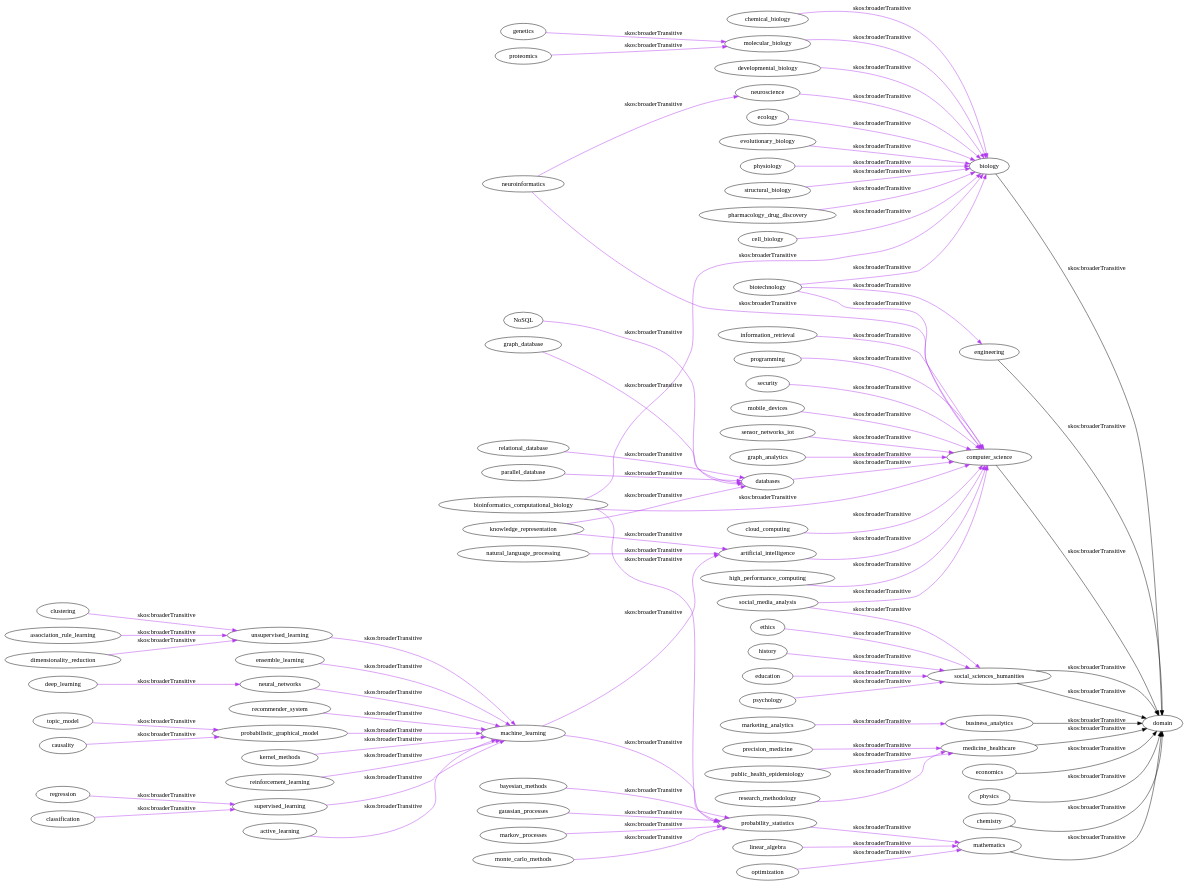
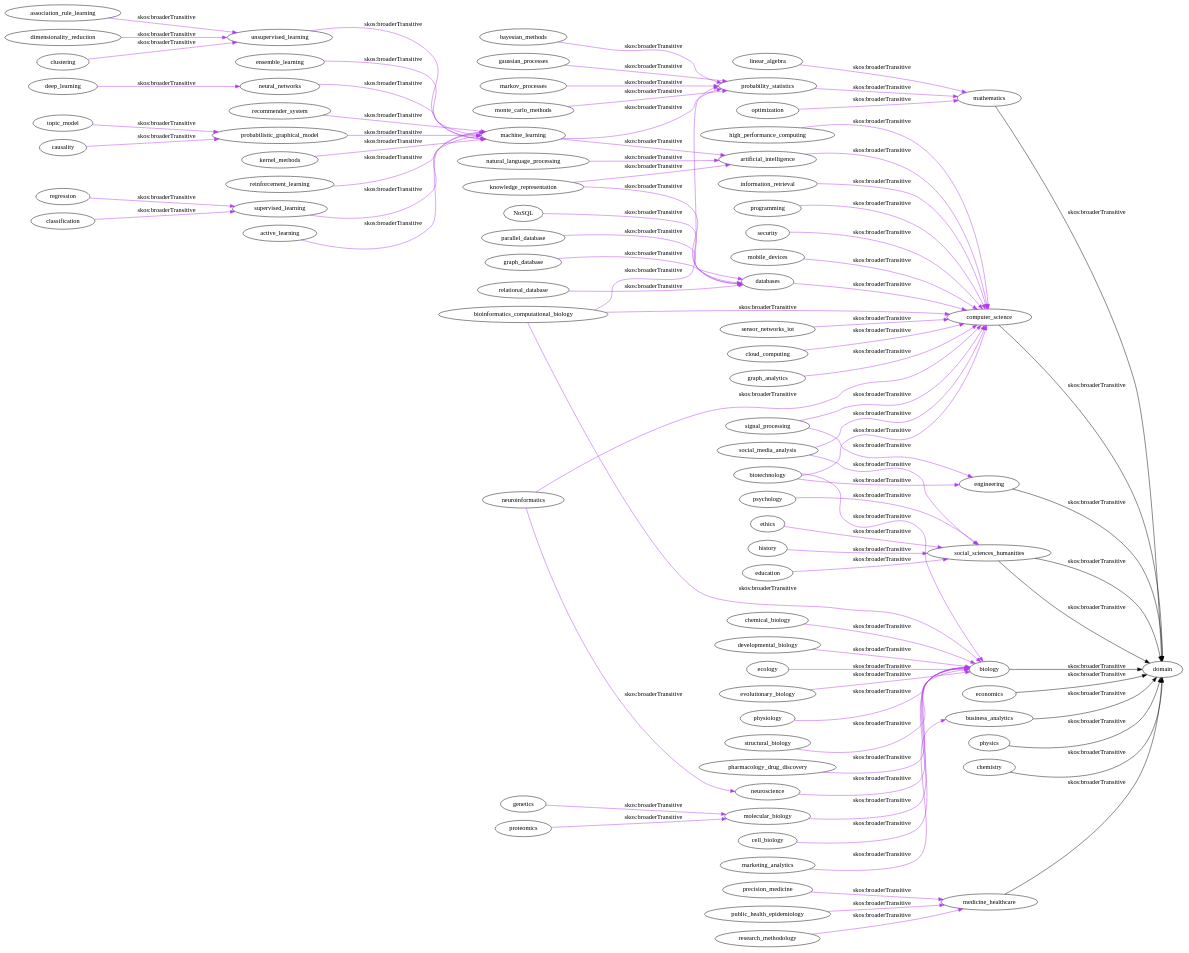
Before and after one commit to bioint/DSEO: the diagram in ontology_files/dot_visualizations/domain.dot, drawn with Graphviz. The commit also changed 1 other file, not shown here.

```diff
--- a/ontology_files/dot_visualizations/domain.dot
+++ b/ontology_files/dot_visualizations/domain.dot
@@ -1,112 +1,114 @@
 digraph{
     rankdir = LR;
     
     mathematics -> domain [color = "black", label = "skos:broaderTransitive"]
     computer_science -> domain [color = "black", label = "skos:broaderTransitive"]
     social_sciences_humanities -> domain [color = "black", label = "skos:broaderTransitive"]
     biology -> domain [color = "black", label = "skos:broaderTransitive"]
     business_analytics -> domain [color = "black", label = "skos:broaderTransitive"]
     economics -> domain [color = "black", label = "skos:broaderTransitive"]
     social_sciences_humanities -> domain [color = "black", label = "skos:broaderTransitive"]
     engineering -> domain [color = "black", label = "skos:broaderTransitive"]
     physics -> domain [color = "black", label = "skos:broaderTransitive"]
     chemistry -> domain [color = "black", label = "skos:broaderTransitive"]
     medicine_healthcare -> domain [color = "black", label = "skos:broaderTransitive"]
     
     ethics -> social_sciences_humanities [color = "darkorchid2", label = "skos:broaderTransitive"]
     history -> social_sciences_humanities [color = "darkorchid2", label = "skos:broaderTransitive"]
     
     linear_algebra -> mathematics [color = "darkorchid2", label = "skos:broaderTransitive"]
     probability_statistics -> mathematics [color = "darkorchid2", label = "skos:broaderTransitive"]
     optimization -> mathematics [color = "darkorchid2", label = "skos:broaderTransitive"]
     
     graph_analytics -> computer_science [color = "darkorchid2", label = "skos:broaderTransitive"]
     artificial_intelligence -> computer_science [color = "darkorchid2", label = "skos:broaderTransitive"]
     databases -> computer_science [color = "darkorchid2", label = "skos:broaderTransitive"]
     high_performance_computing -> computer_science [color = "darkorchid2", label = "skos:broaderTransitive"]
     information_retrieval -> computer_science [color = "darkorchid2", label = "skos:broaderTransitive"]
     programming -> computer_science [color = "darkorchid2", label = "skos:broaderTransitive"]
     security -> computer_science [color = "darkorchid2", label = "skos:broaderTransitive"]
     mobile_devices -> computer_science [color = "darkorchid2", label = "skos:broaderTransitive"]
     sensor_networks_iot -> computer_science [color = "darkorchid2", label = "skos:broaderTransitive"]
     cloud_computing -> computer_science [color = "darkorchid2", label = "skos:broaderTransitive"]
+    signal_processing -> computer_science [color = "darkorchid2", label = "skos:broaderTransitive"]
+    signal_processing -> engineering [color = "darkorchid2", label = "skos:broaderTransitive"]
     
     education -> social_sciences_humanities [color = "darkorchid2", label = "skos:broaderTransitive"]
     psychology -> social_sciences_humanities [color = "darkorchid2", label = "skos:broaderTransitive"]
     
     pharmacology_drug_discovery -> biology [color = "darkorchid2", label = "skos:broaderTransitive"]
     molecular_biology -> biology [color = "darkorchid2", label = "skos:broaderTransitive"]
     cell_biology -> biology [color = "darkorchid2", label = "skos:broaderTransitive"]
     chemical_biology -> biology [color = "darkorchid2", label = "skos:broaderTransitive"]
     developmental_biology -> biology [color = "darkorchid2", label = "skos:broaderTransitive"]
     ecology -> biology [color = "darkorchid2", label = "skos:broaderTransitive"]
     evolutionary_biology -> biology [color = "darkorchid2", label = "skos:broaderTransitive"]
     neuroscience -> biology [color = "darkorchid2", label = "skos:broaderTransitive"]
     physiology -> biology [color = "darkorchid2", label = "skos:broaderTransitive"]
     structural_biology -> biology [color = "darkorchid2", label = "skos:broaderTransitive"]
     
     marketing_analytics -> business_analytics [color = "darkorchid2", label = "skos:broaderTransitive"]
     
     precision_medicine -> medicine_healthcare [color = "darkorchid2", label = "skos:broaderTransitive"]
     public_health_epidemiology -> medicine_healthcare [color = "darkorchid2", label = "skos:broaderTransitive"]
     research_methodology -> medicine_healthcare [color = "darkorchid2", label = "skos:broaderTransitive"]
     
     bioinformatics_computational_biology -> biology [color = "darkorchid2", label = "skos:broaderTransitive"]
     bioinformatics_computational_biology -> probability_statistics [color = "darkorchid2", label = "skos:broaderTransitive"]
     bioinformatics_computational_biology -> computer_science [color = "darkorchid2", label = "skos:broaderTransitive"]
     
     neuroinformatics -> computer_science [color = "darkorchid2", label = "skos:broaderTransitive"]
     neuroinformatics -> neuroscience [color = "darkorchid2", label = "skos:broaderTransitive"]
     
     biotechnology -> biology [color = "darkorchid2", label = "skos:broaderTransitive"]
     biotechnology -> engineering [color = "darkorchid2", label = "skos:broaderTransitive"]
     biotechnology -> computer_science [color = "darkorchid2", label = "skos:broaderTransitive"]
 
     bayesian_methods -> probability_statistics [color = "darkorchid2", label = "skos:broaderTransitive"]
     gaussian_processes -> probability_statistics [color = "darkorchid2", label = "skos:broaderTransitive"]
     markov_processes -> probability_statistics [color = "darkorchid2", label = "skos:broaderTransitive"]
     monte_carlo_methods -> probability_statistics [color = "darkorchid2", label = "skos:broaderTransitive"]
     
     machine_learning -> probability_statistics [color = "darkorchid2", label = "skos:broaderTransitive"]
     machine_learning -> artificial_intelligence [color = "darkorchid2", label = "skos:broaderTransitive"]
     
     natural_language_processing -> artificial_intelligence [color = "darkorchid2", label = "skos:broaderTransitive"]
     
     knowledge_representation -> artificial_intelligence [color = "darkorchid2", label = "skos:broaderTransitive"]
     knowledge_representation -> databases [color = "darkorchid2", label = "skos:broaderTransitive"]
     
     graph_database -> databases [color = "darkorchid2", label = "skos:broaderTransitive"]
     relational_database -> databases [color = "darkorchid2", label = "skos:broaderTransitive"]
     NoSQL -> databases [color = "darkorchid2", label = "skos:broaderTransitive"]
     parallel_database -> databases [color = "darkorchid2", label = "skos:broaderTransitive"]
     
     genetics -> molecular_biology [color = "darkorchid2", label = "skos:broaderTransitive"]
     proteomics -> molecular_biology [color = "darkorchid2", label = "skos:broaderTransitive"]
     
     unsupervised_learning -> machine_learning [color = "darkorchid2", label = "skos:broaderTransitive"]
     ensemble_learning -> machine_learning [color = "darkorchid2", label = "skos:broaderTransitive"]
     neural_networks -> machine_learning [color = "darkorchid2", label = "skos:broaderTransitive"]
     recommender_system -> machine_learning [color = "darkorchid2", label = "skos:broaderTransitive"]
     probabilistic_graphical_model -> machine_learning [color = "darkorchid2", label = "skos:broaderTransitive"]
     kernel_methods -> machine_learning [color = "darkorchid2", label = "skos:broaderTransitive"]
     reinforcement_learning -> machine_learning [color = "darkorchid2", label = "skos:broaderTransitive"]
     supervised_learning -> machine_learning [color = "darkorchid2", label = "skos:broaderTransitive"]
     active_learning -> machine_learning [color = "darkorchid2", label = "skos:broaderTransitive"]
     
     association_rule_learning -> unsupervised_learning [color = "darkorchid2", label = "skos:broaderTransitive"]
     dimensionality_reduction -> unsupervised_learning [color = "darkorchid2", label = "skos:broaderTransitive"]
     clustering -> unsupervised_learning [color = "darkorchid2", label = "skos:broaderTransitive"]
     
     topic_model -> probabilistic_graphical_model [color = "darkorchid2", label = "skos:broaderTransitive"]
     causality -> probabilistic_graphical_model [color = "darkorchid2", label = "skos:broaderTransitive"]
     
     regression -> supervised_learning [color = "darkorchid2", label = "skos:broaderTransitive"]
     classification -> supervised_learning [color = "darkorchid2", label = "skos:broaderTransitive"]
     
     deep_learning -> neural_networks [color = "darkorchid2", label = "skos:broaderTransitive"]
     
     social_media_analysis -> computer_science [color = "darkorchid2", label = "skos:broaderTransitive"]
     social_media_analysis -> social_sciences_humanities [color = "darkorchid2", label = "skos:broaderTransitive"]
     
     {rank=same; mathematics, computer_science, social_sciences_humanities, biology, business_analytics, economics, social_sciences_humanities, engineering, physics, chemistry, medicine_healthcare}
 }
```
